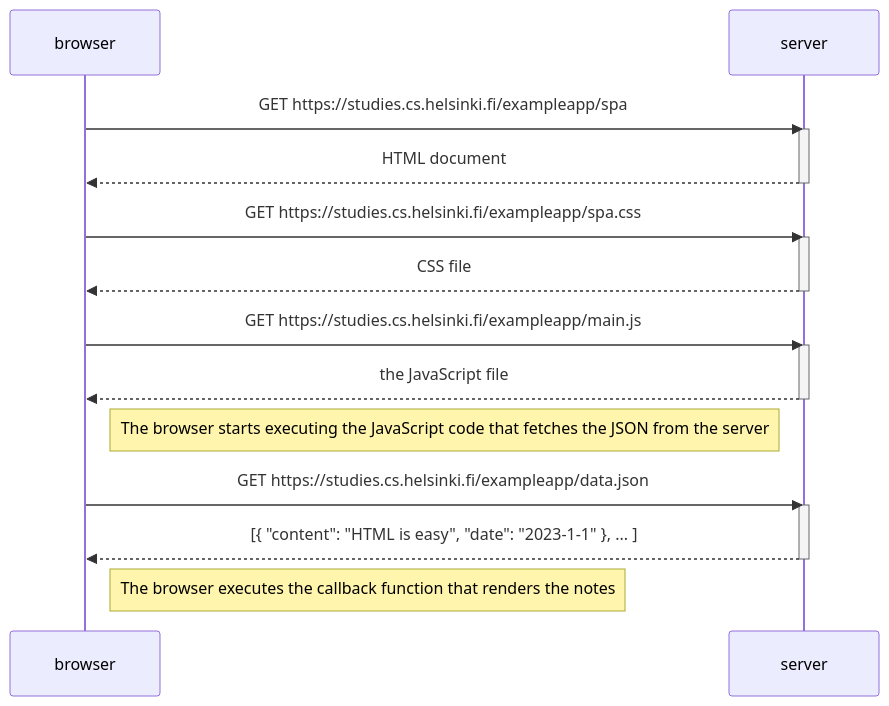
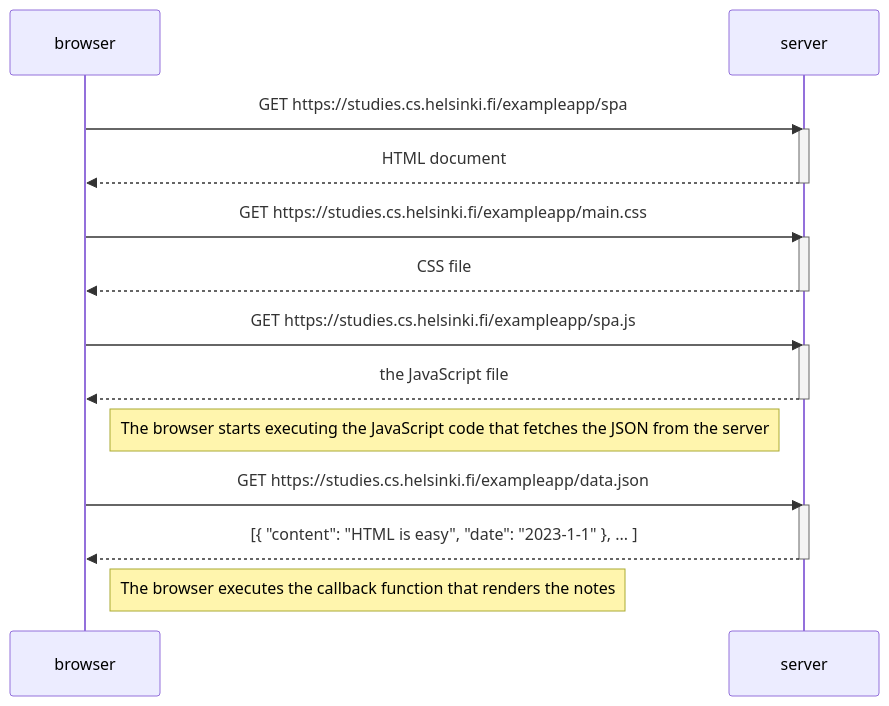
Before and after one commit to seenpie/Full-Stack-MOOC-Course: the diagram in part0/0.5-Single_page_app_diagram.md, drawn with Mermaid.

Commit message:
fix: fix js and css link

````diff
--- a/part0/0.5-Single_page_app_diagram.md
+++ b/part0/0.5-Single_page_app_diagram.md
@@ -3,29 +3,29 @@
 ```mermaid
 sequenceDiagram
     participant browser
     participant server
 
     browser->>server: GET https://studies.cs.helsinki.fi/exampleapp/spa
     activate server
     server-->>browser: HTML document
     deactivate server
 
-    browser->>server: GET https://studies.cs.helsinki.fi/exampleapp/spa.css
+    browser->>server: GET https://studies.cs.helsinki.fi/exampleapp/main.css
     activate server
     server-->>browser: CSS file
     deactivate server
 
-    browser->>server: GET https://studies.cs.helsinki.fi/exampleapp/main.js
+    browser->>server: GET https://studies.cs.helsinki.fi/exampleapp/spa.js
     activate server
     server-->>browser: the JavaScript file
     deactivate server
 
     Note right of browser: The browser starts executing the JavaScript code that fetches the JSON from the server
 
     browser->>server: GET https://studies.cs.helsinki.fi/exampleapp/data.json
     activate server
     server-->>browser: [{ "content": "HTML is easy", "date": "2023-1-1" }, ... ]
     deactivate server
 
     Note right of browser: The browser executes the callback function that renders the notes
 ```
````
